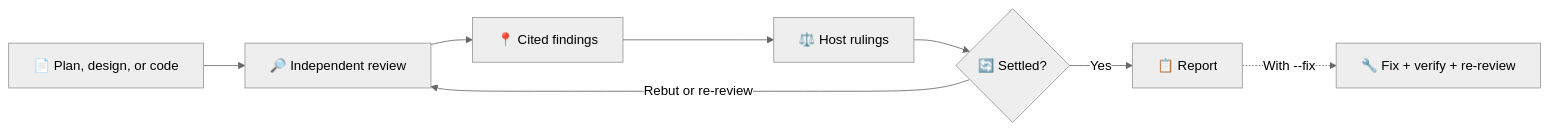
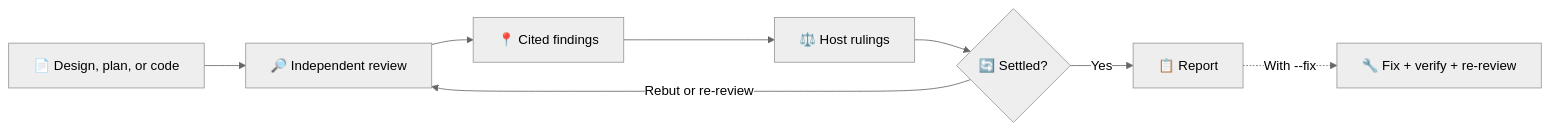
The fifth of 6 diagrams in skills/dispatch/references/readme/verbs.md (Gyunikuchan/dispatch-skills), drawn with Mermaid (neutral theme) before and after one commit. The commit also changed other lines of this file and 44 other files, not shown here.

Commit message:
refactor(dispatch): align workflow sequence listings

````diff
--- a/skills/dispatch/references/readme/verbs.md
+++ b/skills/dispatch/references/readme/verbs.md
@@ -116,10 +116,10 @@
 ```mermaid
 flowchart LR
-    Scope["📄 Plan, design, or code"] --> Inspect["🔎 Independent review"]
+    Scope["📄 Design, plan, or code"] --> Inspect["🔎 Independent review"]
     Inspect --> Evidence["📍 Cited findings"]
     Evidence --> Ruling["⚖️ Host rulings"]
     Ruling --> Settled{"🔄 Settled?"}
     Settled -->|Rebut or re-review| Inspect
     Settled -->|Yes| Report["📋 Report"]
     Report -.->|With --fix| Fix["🔧 Fix + verify + re-review"]
 ```
````
